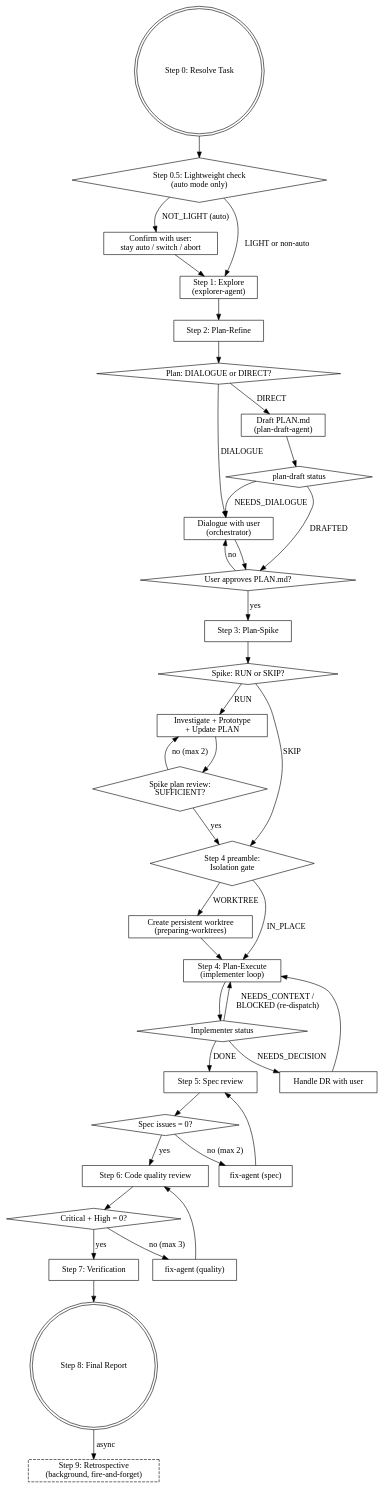
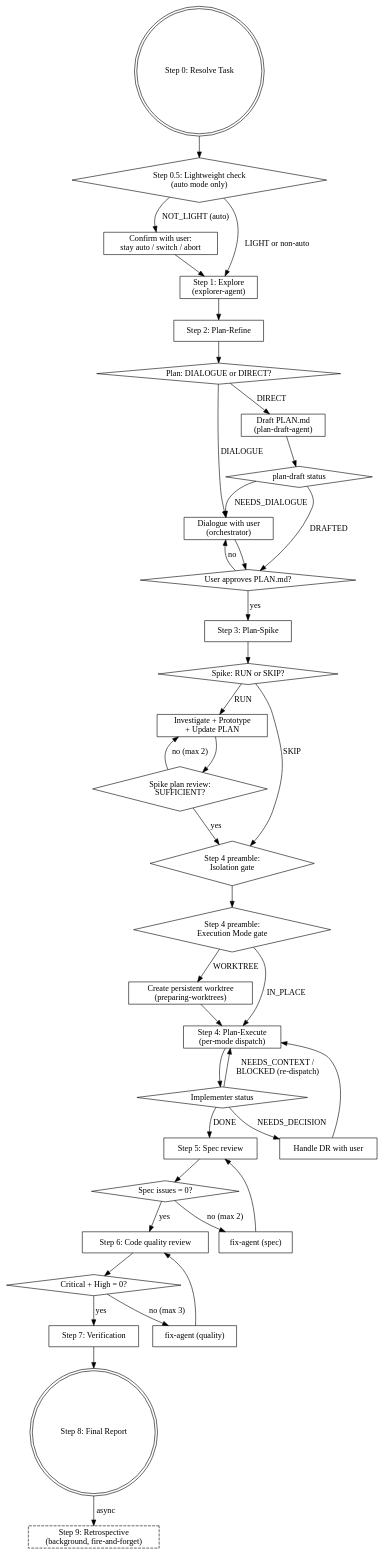
Before and after one commit to matsuyoshi30/dotfiles: the diagram in .agents/skills/devflow/SKILL.md, drawn with Graphviz. The commit also changed other lines of this file and 7 other files, not shown here.

````diff
--- a/.agents/skills/devflow/SKILL.md
+++ b/.agents/skills/devflow/SKILL.md
@@ -19,72 +19,74 @@
 ```dot
 digraph devflow {
     rankdir=TB;
     "Step 0: Resolve Task" [shape=doublecircle];
     "Step 0.5: Lightweight check\n(auto mode only)" [shape=diamond];
     "Confirm with user:\nstay auto / switch / abort" [shape=box];
     "Step 1: Explore\n(explorer-agent)" [shape=box];
     "Step 2: Plan-Refine" [shape=box];
     "Plan: DIALOGUE or DIRECT?" [shape=diamond];
     "Dialogue with user\n(orchestrator)" [shape=box];
     "Draft PLAN.md\n(plan-draft-agent)" [shape=box];
     "plan-draft status" [shape=diamond];
     "User approves PLAN.md?" [shape=diamond];
     "Step 3: Plan-Spike" [shape=box];
     "Spike: RUN or SKIP?" [shape=diamond];
     "Investigate + Prototype\n+ Update PLAN" [shape=box];
     "Spike plan review:\nSUFFICIENT?" [shape=diamond];
     "Step 4 preamble:\nIsolation gate" [shape=diamond];
+    "Step 4 preamble:\nExecution Mode gate" [shape=diamond];
     "Create persistent worktree\n(preparing-worktrees)" [shape=box];
-    "Step 4: Plan-Execute\n(implementer loop)" [shape=box];
+    "Step 4: Plan-Execute\n(per-mode dispatch)" [shape=box];
     "Implementer status" [shape=diamond];
     "Handle DR with user" [shape=box];
     "Step 5: Spec review" [shape=box];
     "Spec issues = 0?" [shape=diamond];
     "fix-agent (spec)" [shape=box];
     "Step 6: Code quality review" [shape=box];
     "Critical + High = 0?" [shape=diamond];
     "fix-agent (quality)" [shape=box];
     "Step 7: Verification" [shape=box];
     "Step 8: Final Report" [shape=doublecircle];
     "Step 9: Retrospective\n(background, fire-and-forget)" [shape=box, style=dashed];
 
     "Step 0: Resolve Task" -> "Step 0.5: Lightweight check\n(auto mode only)";
     "Step 0.5: Lightweight check\n(auto mode only)" -> "Step 1: Explore\n(explorer-agent)" [label="LIGHT or non-auto"];
     "Step 0.5: Lightweight check\n(auto mode only)" -> "Confirm with user:\nstay auto / switch / abort" [label="NOT_LIGHT (auto)"];
     "Confirm with user:\nstay auto / switch / abort" -> "Step 1: Explore\n(explorer-agent)";
     "Step 1: Explore\n(explorer-agent)" -> "Step 2: Plan-Refine";
     "Step 2: Plan-Refine" -> "Plan: DIALOGUE or DIRECT?";
     "Plan: DIALOGUE or DIRECT?" -> "Dialogue with user\n(orchestrator)" [label="DIALOGUE"];
     "Plan: DIALOGUE or DIRECT?" -> "Draft PLAN.md\n(plan-draft-agent)" [label="DIRECT"];
     "Dialogue with user\n(orchestrator)" -> "User approves PLAN.md?";
     "Draft PLAN.md\n(plan-draft-agent)" -> "plan-draft status";
     "plan-draft status" -> "User approves PLAN.md?" [label="DRAFTED"];
     "plan-draft status" -> "Dialogue with user\n(orchestrator)" [label="NEEDS_DIALOGUE"];
     "User approves PLAN.md?" -> "Dialogue with user\n(orchestrator)" [label="no"];
     "User approves PLAN.md?" -> "Step 3: Plan-Spike" [label="yes"];
     "Step 3: Plan-Spike" -> "Spike: RUN or SKIP?";
     "Spike: RUN or SKIP?" -> "Investigate + Prototype\n+ Update PLAN" [label="RUN"];
     "Spike: RUN or SKIP?" -> "Step 4 preamble:\nIsolation gate" [label="SKIP"];
     "Investigate + Prototype\n+ Update PLAN" -> "Spike plan review:\nSUFFICIENT?";
     "Spike plan review:\nSUFFICIENT?" -> "Investigate + Prototype\n+ Update PLAN" [label="no (max 2)"];
     "Spike plan review:\nSUFFICIENT?" -> "Step 4 preamble:\nIsolation gate" [label="yes"];
-    "Step 4 preamble:\nIsolation gate" -> "Create persistent worktree\n(preparing-worktrees)" [label="WORKTREE"];
-    "Step 4 preamble:\nIsolation gate" -> "Step 4: Plan-Execute\n(implementer loop)" [label="IN_PLACE"];
-    "Create persistent worktree\n(preparing-worktrees)" -> "Step 4: Plan-Execute\n(implementer loop)";
-    "Step 4: Plan-Execute\n(implementer loop)" -> "Implementer status";
+    "Step 4 preamble:\nIsolation gate" -> "Step 4 preamble:\nExecution Mode gate";
+    "Step 4 preamble:\nExecution Mode gate" -> "Create persistent worktree\n(preparing-worktrees)" [label="WORKTREE"];
+    "Step 4 preamble:\nExecution Mode gate" -> "Step 4: Plan-Execute\n(per-mode dispatch)" [label="IN_PLACE"];
+    "Create persistent worktree\n(preparing-worktrees)" -> "Step 4: Plan-Execute\n(per-mode dispatch)";
+    "Step 4: Plan-Execute\n(per-mode dispatch)" -> "Implementer status";
     "Implementer status" -> "Step 5: Spec review" [label="DONE"];
     "Implementer status" -> "Handle DR with user" [label="NEEDS_DECISION"];
-    "Handle DR with user" -> "Step 4: Plan-Execute\n(implementer loop)";
-    "Implementer status" -> "Step 4: Plan-Execute\n(implementer loop)" [label="NEEDS_CONTEXT /\nBLOCKED (re-dispatch)"];
+    "Handle DR with user" -> "Step 4: Plan-Execute\n(per-mode dispatch)";
+    "Implementer status" -> "Step 4: Plan-Execute\n(per-mode dispatch)" [label="NEEDS_CONTEXT /\nBLOCKED (re-dispatch)"];
     "Step 5: Spec review" -> "Spec issues = 0?";
     "Spec issues = 0?" -> "fix-agent (spec)" [label="no (max 2)"];
     "fix-agent (spec)" -> "Step 5: Spec review";
     "Spec issues = 0?" -> "Step 6: Code quality review" [label="yes"];
     "Step 6: Code quality review" -> "Critical + High = 0?";
     "Critical + High = 0?" -> "fix-agent (quality)" [label="no (max 3)"];
     "fix-agent (quality)" -> "Step 6: Code quality review";
     "Critical + High = 0?" -> "Step 7: Verification" [label="yes"];
     "Step 7: Verification" -> "Step 8: Final Report";
     "Step 8: Final Report" -> "Step 9: Retrospective\n(background, fire-and-forget)" [label="async"];
 }
 ```
````
